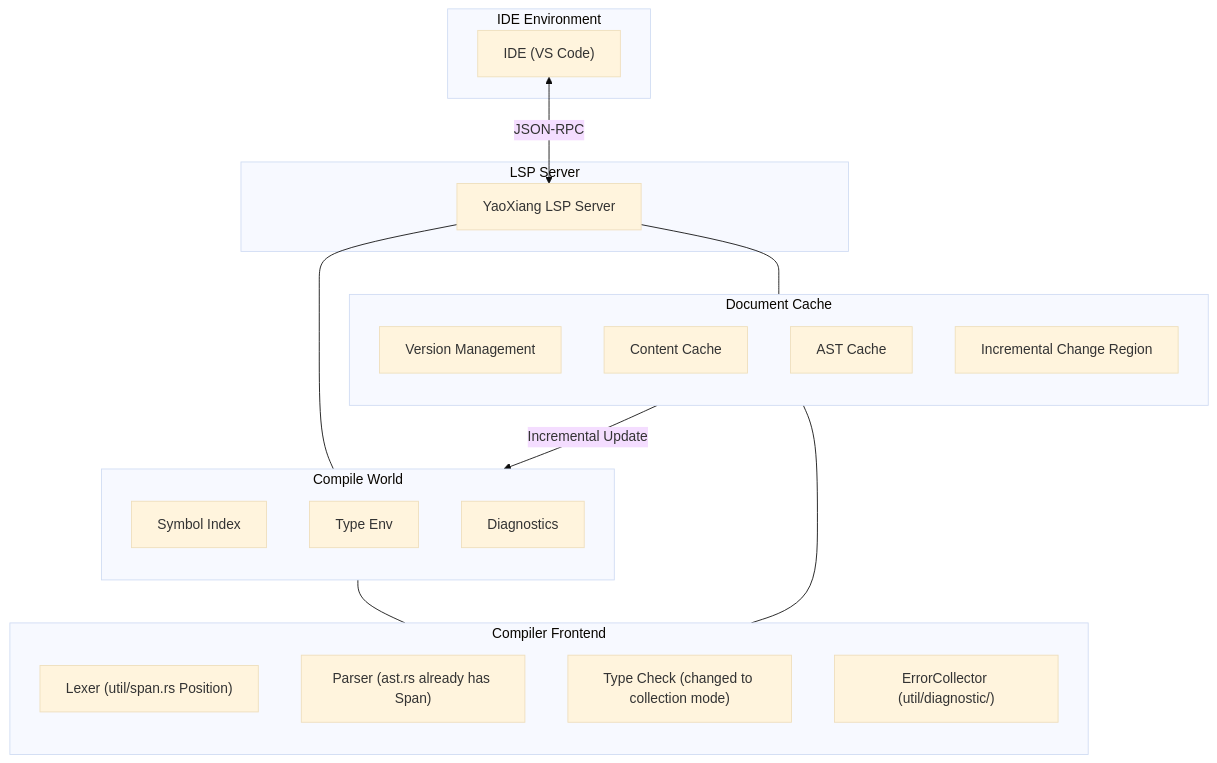
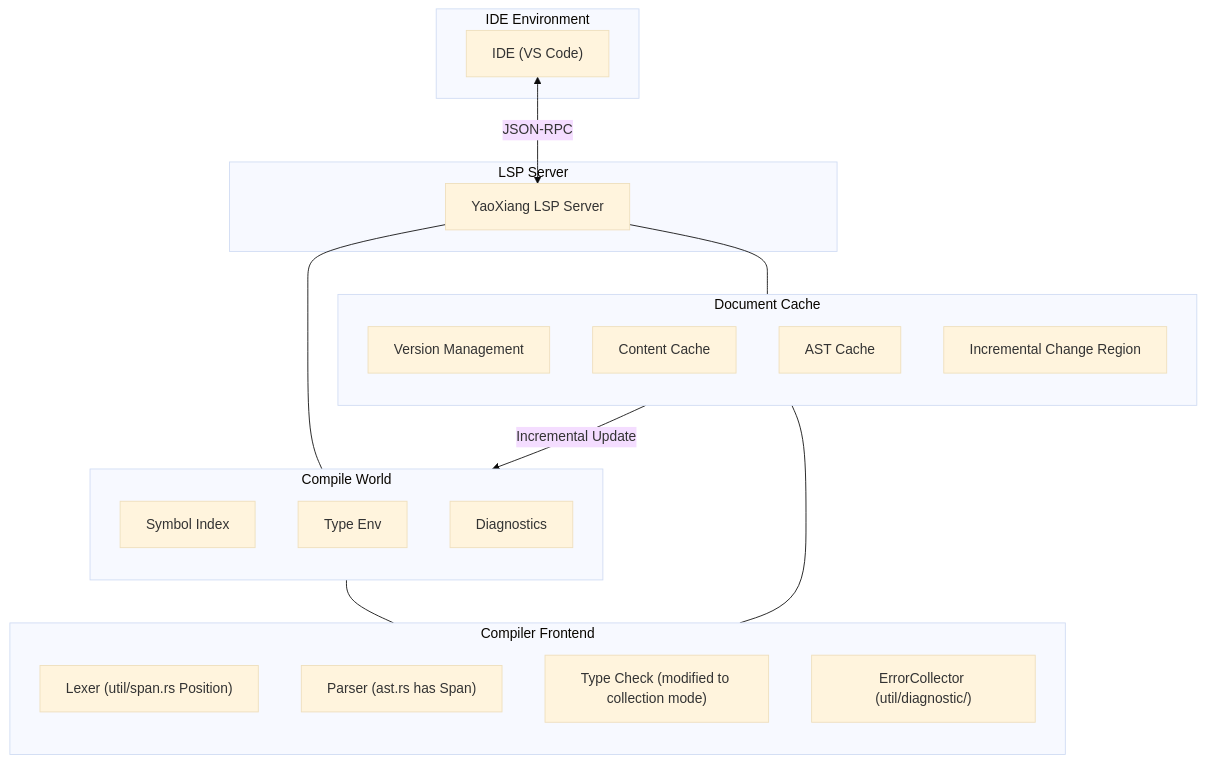
Before and after one commit to ChenXu233/YaoXiang: the diagram in docs/src/en/design/rfc/accepted/017-lsp-support.md, drawn with Mermaid (base theme). The commit also changed other lines of this file and 101 other files, not shown here.

````diff
--- a/docs/src/en/design/rfc/accepted/017-lsp-support.md
+++ b/docs/src/en/design/rfc/accepted/017-lsp-support.md
@@ -145,43 +140,43 @@
 ```mermaid
 flowchart TD
     subgraph IDE_Environment [IDE Environment]
         IDE["IDE (VS Code)"]
     end
 
     subgraph LSP_Server [LSP Server]
         LSP["YaoXiang LSP Server"]
     end
 
     subgraph World_Compile [Compile World]
         direction TB
         W_Symbol["Symbol Index"]
         W_Type["Type Env"]
         W_Diag["Diagnostics"]
     end
 
     subgraph Cache [Document Cache]
         direction TB
         C_Version["Version Management"]
         C_Content["Content Cache"]
         C_AST["AST Cache"]
         C_Delta["Incremental Change Region"]
     end
 
     subgraph Frontend [Compiler Frontend]
         direction TB
         F_Lexer["Lexer (util/span.rs Position)"]
-        F_Parser["Parser (ast.rs already has Span)"]
-        F_TypeCheck["Type Check (changed to collection mode)"]
+        F_Parser["Parser (ast.rs has Span)"]
+        F_TypeCheck["Type Check (modified to collection mode)"]
         F_ErrorCollector["ErrorCollector (util/diagnostic/)"]
     end
 
     IDE <-->|JSON-RPC| LSP
 
     LSP --- World_Compile
     LSP --- Cache
 
     Cache -- "Incremental Update" --> World_Compile
 
     World_Compile --- Frontend
     Cache --- Frontend
 ```
````
